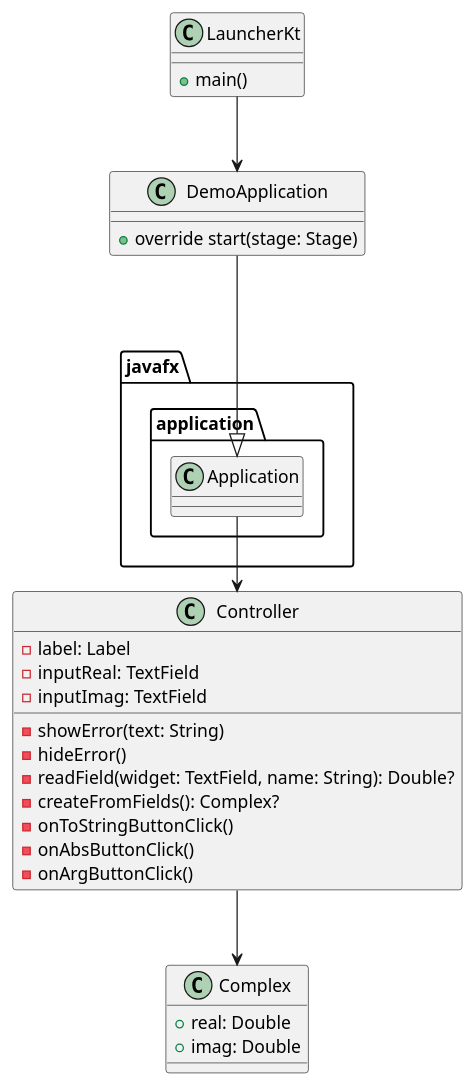
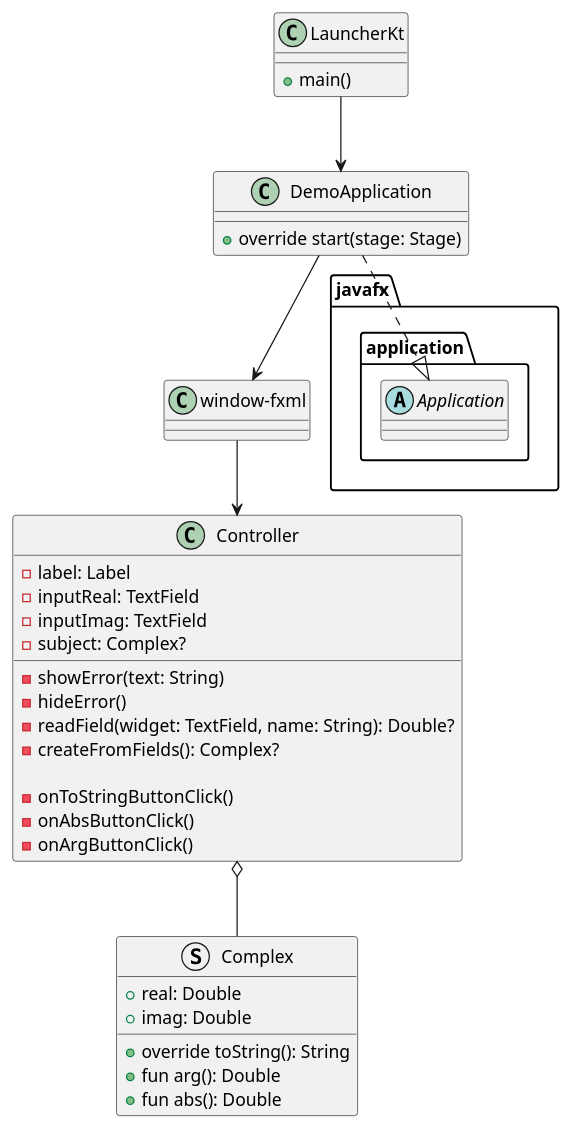
One commit to kawazaki42/NoteS4 changed the diagram in oop/classgui/src/classes.puml. Above: the diagram before and after it, drawn with PlantUML. The commit also changed 5 other files, not shown here.

```diff
--- a/oop/classgui/src/classes.puml
+++ b/oop/classgui/src/classes.puml
@@ -1,37 +1,52 @@
 @startuml
 
-class Complex {
+struct Complex {
 + real: Double
 + imag: Double
+
++ override toString(): String
++ fun arg(): Double
++ fun abs(): Double
 }
 
 class DemoApplication {
 + override start(stage: Stage)
 }
 
 class LauncherKt {
 + main()
 }
 
 class Controller {
 - label: Label
 - inputReal: TextField
 - inputImag: TextField
+- subject: Complex?
+
 - showError(text: String)
 - hideError()
 - readField(widget: TextField, name: String): Double?
 - createFromFields(): Complex?
+
 - onToStringButtonClick()
 - onAbsButtonClick()
 - onArgButtonClick()
 }
 
-Controller --> Complex
+class window-fxml
+
+Controller o-- Complex
 
 LauncherKt --> DemoApplication
 
-DemoApplication ---|> javafx.application.Application
+abstract class javafx.application.Application
 
-Application --> Controller
+DemoApplication ..|> javafx.application.Application
+
+DemoApplication --> "window-fxml"
+
+"window-fxml" --> Controller
+
+'Application --> Controller
 
 @enduml
```
